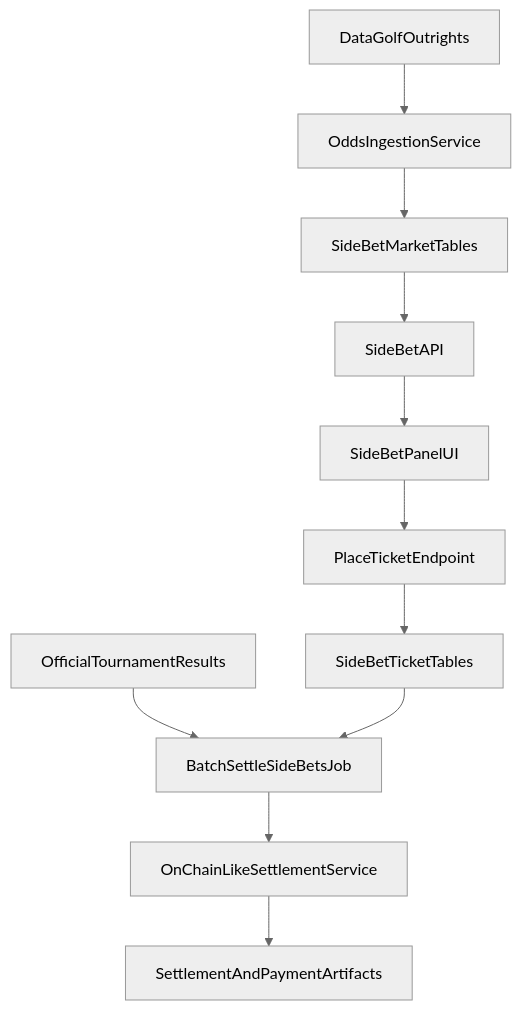
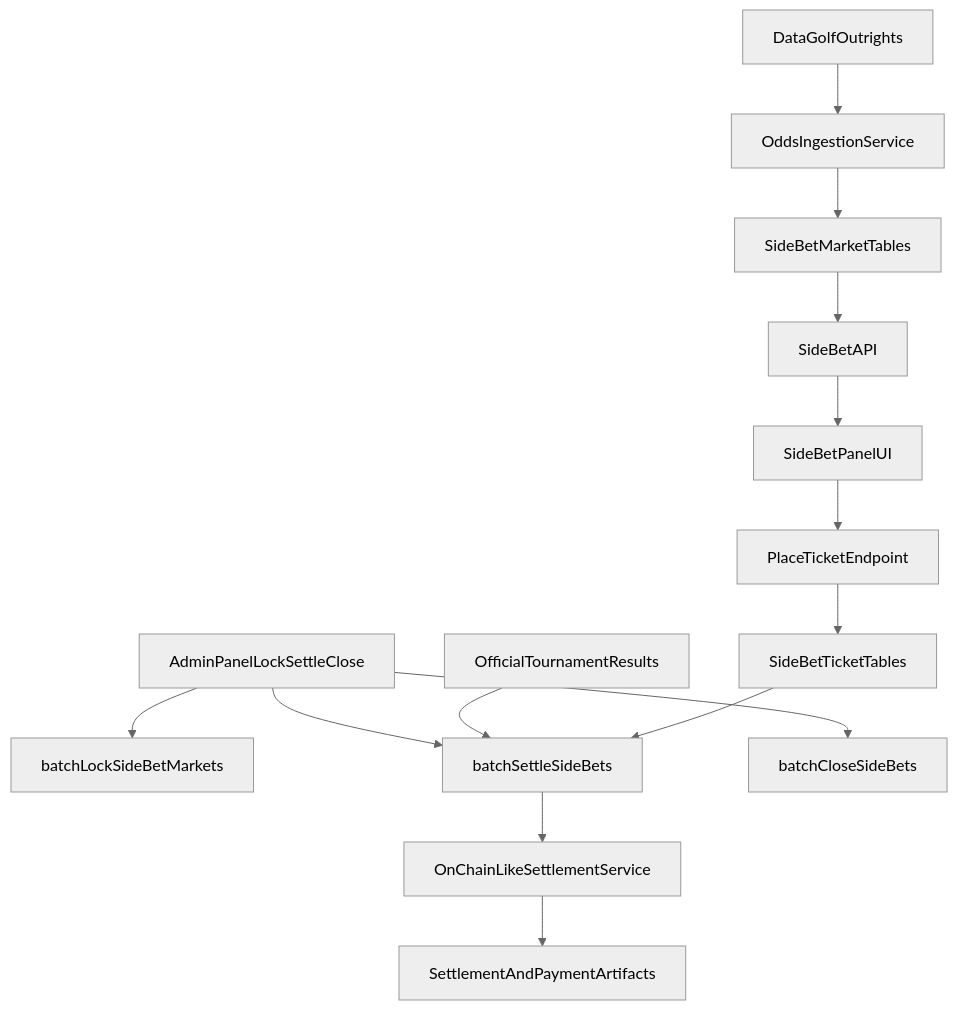
The diagram in SIDE_BET_PRODUCTION_PLAN.md (MagRelo/cut), drawn with Mermaid (neutral theme) before and after one commit. The commit also changed other lines of this file and 33 other files, not shown here.

````diff
--- a/SIDE_BET_PRODUCTION_PLAN.md
+++ b/SIDE_BET_PRODUCTION_PLAN.md
@@ -137,13 +165,16 @@
 ```mermaid
 flowchart TD
   dataGolfOutrights[DataGolfOutrights] --> oddsIngest[OddsIngestionService]
   oddsIngest --> marketStore[SideBetMarketTables]
   marketStore --> betsApi[SideBetAPI]
   betsApi --> sideBetPanel[SideBetPanelUI]
   sideBetPanel --> placeTicket[PlaceTicketEndpoint]
   placeTicket --> ticketsStore[SideBetTicketTables]
-  officialResults[OfficialTournamentResults] --> settleJob[BatchSettleSideBetsJob]
-  ticketsStore --> settleJob
-  settleJob --> chainSettle[OnChainLikeSettlementService]
+  adminLifecycle[AdminPanelLockSettleClose] --> batchLock[batchLockSideBetMarkets]
+  adminLifecycle --> batchSettle[batchSettleSideBets]
+  adminLifecycle --> batchClose[batchCloseSideBets]
+  officialResults[OfficialTournamentResults] --> batchSettle
+  ticketsStore --> batchSettle
+  batchSettle --> chainSettle[OnChainLikeSettlementService]
   chainSettle --> payoutsLedger[SettlementAndPaymentArtifacts]
 ```
````
